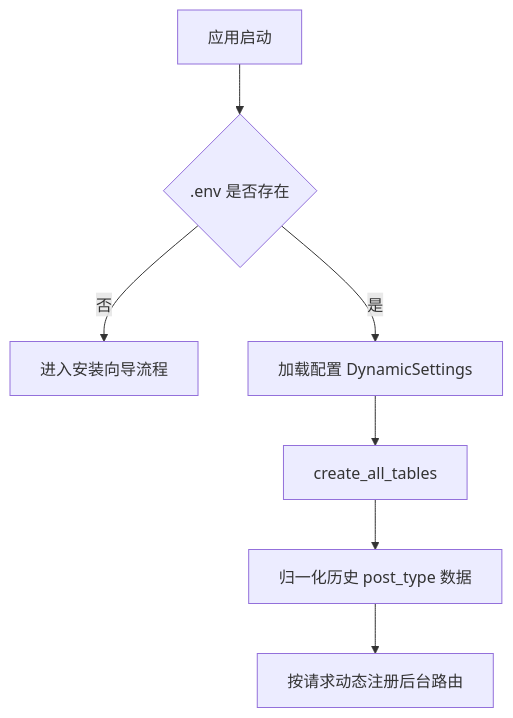
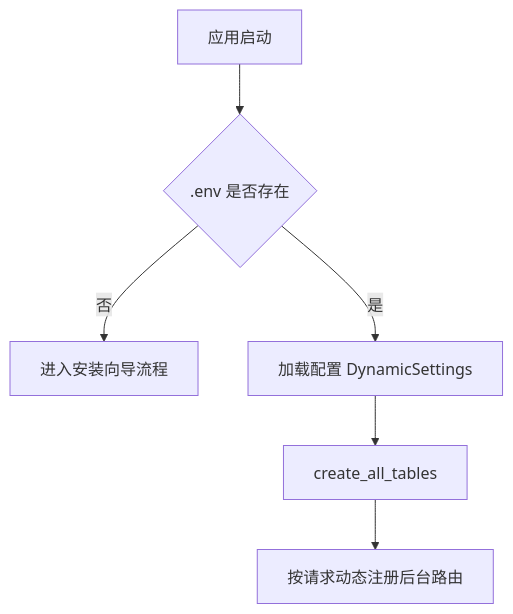
One commit to rewrz/RewrZ changed the second of 6 diagrams in docs/architecture/ARCHITECTURE.md. Above: the diagram before and after it, drawn with Mermaid. The commit also changed other lines of this file and 88 other files, not shown here.

````diff
--- a/docs/architecture/ARCHITECTURE.md
+++ b/docs/architecture/ARCHITECTURE.md
@@ -42,9 +42,8 @@
 ```mermaid
 flowchart TD
     S[应用启动] --> E{.env 是否存在}
     E -- 否 --> I[进入安装向导流程]
     E -- 是 --> L[加载配置 DynamicSettings]
     L --> T[create_all_tables]
-    T --> N[归一化历史 post_type 数据]
-    N --> R[按请求动态注册后台路由]
+    T --> R[按请求动态注册后台路由]
 ```
````
